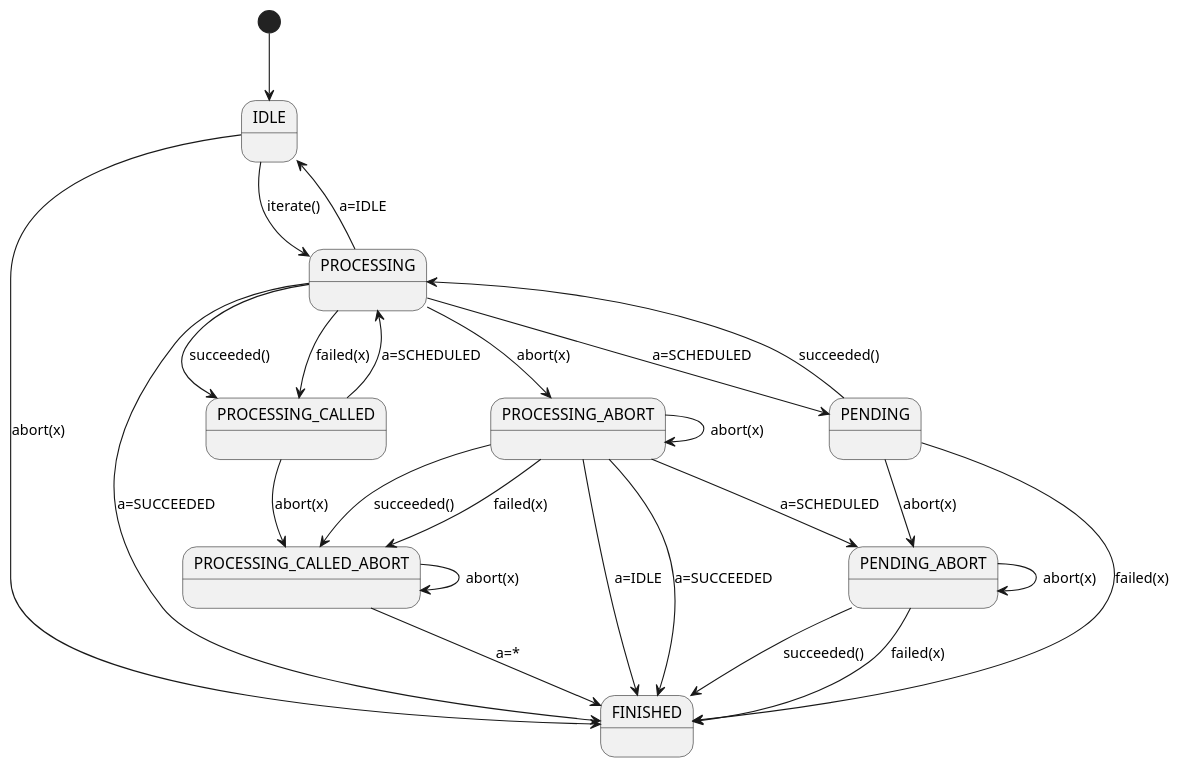
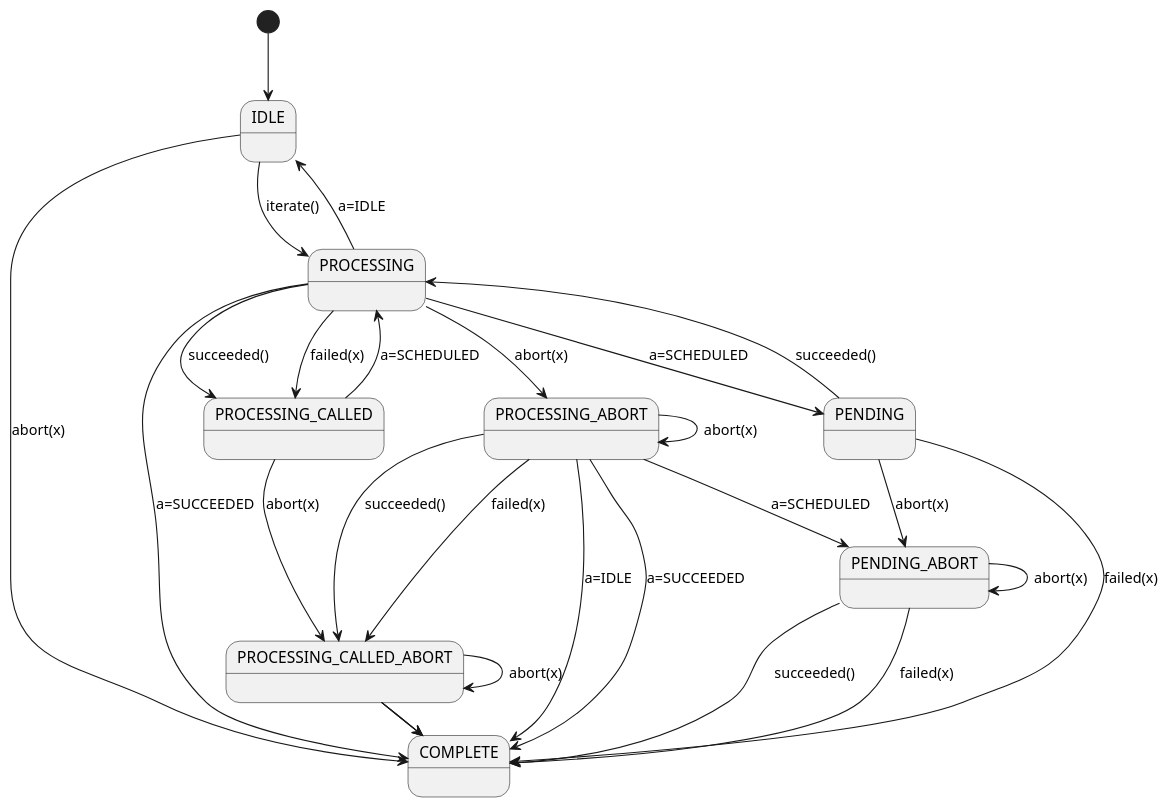
The diagram in jetty-core/jetty-util/src/main/java/org/eclipse/jetty/util/IteratingCallback_State.puml (jetty/jetty.project), drawn with PlantUML before and after one commit. The commit also changed 5 other files, not shown here.

```diff
--- a/jetty-core/jetty-util/src/main/java/org/eclipse/jetty/util/IteratingCallback_State.puml
+++ b/jetty-core/jetty-util/src/main/java/org/eclipse/jetty/util/IteratingCallback_State.puml
@@ -1,45 +1,54 @@
 @startuml
 
 IDLE:
 PROCESSING:
 PROCESSING_CALLED:
 PROCESSING_ABORT:
 PROCESSING_CALLED_ABORT:
 PENDING:
 PENDING_ABORT:
-FINISHED:
+COMPLETE:
 
 [*] --> IDLE
 
+/' iterate() '/
 IDLE --> PROCESSING: iterate()
-IDLE --> FINISHED: abort(x)
 
+/' processing() '/
 PROCESSING --> IDLE: a=IDLE
-PROCESSING --> FINISHED: a=SUCCEEDED
 PROCESSING --> PENDING: a=SCHEDULED
-PROCESSING --> PROCESSING_CALLED: succeeded()
-PROCESSING --> PROCESSING_CALLED: failed(x)
-PROCESSING --> PROCESSING_ABORT: abort(x)
-
-PENDING --> PROCESSING: succeeded()
-PENDING --> FINISHED: failed(x)
-PENDING --> PENDING_ABORT: abort(x)
+PROCESSING --> COMPLETE: a=SUCCEEDED
 
 PROCESSING_CALLED --> PROCESSING: a=SCHEDULED
+
+PROCESSING_ABORT --> COMPLETE: a=IDLE
+PROCESSING_ABORT --> COMPLETE: a=SUCCEEDED
+PROCESSING_ABORT --> PENDING_ABORT: a=SCHEDULED
+
+PROCESSING_CALLED_ABORT -> COMPLETE: a=IDLE
+PROCESSING_CALLED_ABORT -> COMPLETE: a=SCHEDULED
+PROCESSING_CALLED_ABORT -> COMPLETE: a=SUCCEEDED
+
+/' succeeded() '/
+PROCESSING --> PROCESSING_CALLED: succeeded()
+PROCESSING_ABORT --> PROCESSING_CALLED_ABORT: succeeded()
+PENDING --> PROCESSING: succeeded()
+PENDING_ABORT --> COMPLETE: succeeded()
+
+/' failed(x) '/
+PROCESSING --> PROCESSING_CALLED: failed(x)
+PROCESSING_ABORT --> PROCESSING_CALLED_ABORT: failed(x)
+PENDING --> COMPLETE: failed(x)
+PENDING_ABORT --> COMPLETE: failed(x)
+
+/' abort(x) '/
+IDLE --> COMPLETE: abort(x)
+PROCESSING --> PROCESSING_ABORT: abort(x)
 PROCESSING_CALLED --> PROCESSING_CALLED_ABORT: abort(x)
-
-PROCESSING_ABORT --> FINISHED: a=IDLE
-PROCESSING_ABORT --> FINISHED: a=SUCCEEDED
-PROCESSING_ABORT --> PENDING_ABORT: a=SCHEDULED
-PROCESSING_ABORT --> PROCESSING_CALLED_ABORT: succeeded()
-PROCESSING_ABORT --> PROCESSING_CALLED_ABORT: failed(x)
 PROCESSING_ABORT --> PROCESSING_ABORT: abort(x)
-
-PENDING_ABORT --> FINISHED: succeeded()
-PENDING_ABORT --> FINISHED: failed(x)
+PROCESSING_CALLED_ABORT -> PROCESSING_CALLED_ABORT: abort(x)
+PENDING --> PENDING_ABORT: abort(x)
 PENDING_ABORT --> PENDING_ABORT: abort(x)
 
-PROCESSING_CALLED_ABORT -> FINISHED: a=*
-PROCESSING_CALLED_ABORT -> PROCESSING_CALLED_ABORT: abort(x)
 
 @enduml
```
